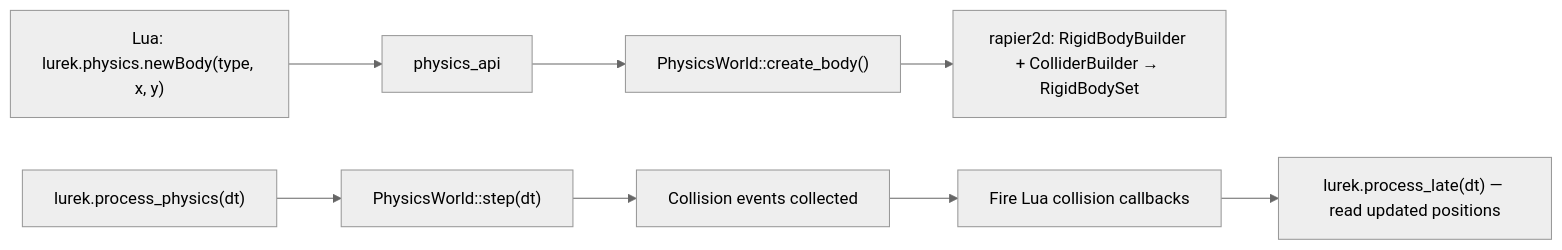
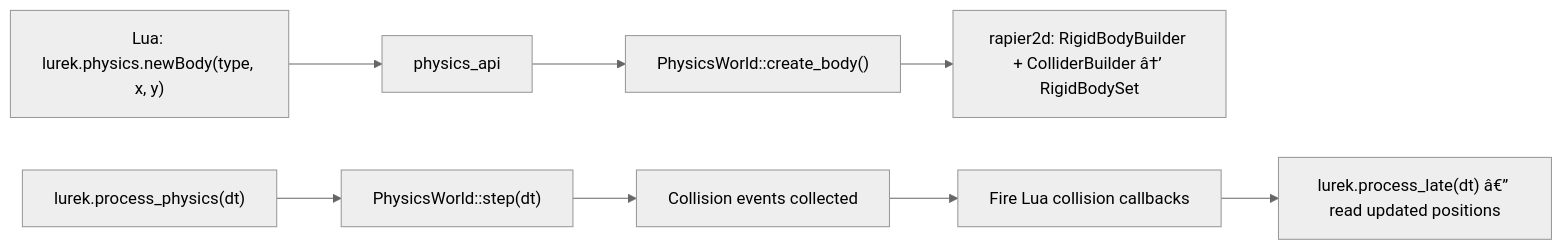
The sixth of 7 diagrams in docs/architecture/engine-architecture.md (Lurek2D/lurek_2d), drawn with Mermaid (neutral theme) before and after one commit. The commit also changed other lines of this file and 174 other files, not shown here.

````diff
--- a/docs/architecture/engine-architecture.md
+++ b/docs/architecture/engine-architecture.md
@@ -437,10 +437,10 @@
 ```mermaid
 flowchart LR
     L["Lua: lurek.physics.newBody(type, x, y)"] --> A[physics_api]
     A --> W["PhysicsWorld::create_body()"]
-    W --> R[rapier2d: RigidBodyBuilder + ColliderBuilder → RigidBodySet]
+    W --> R[rapier2d: RigidBodyBuilder + ColliderBuilder â†’ RigidBodySet]
     F["lurek.process_physics(dt)"] --> S["PhysicsWorld::step(dt)"]
     S --> E[Collision events collected]
     E --> C[Fire Lua collision callbacks]
-    C --> PL["lurek.process_late(dt) — read updated positions"]
+    C --> PL["lurek.process_late(dt) â€” read updated positions"]
 ```
````
